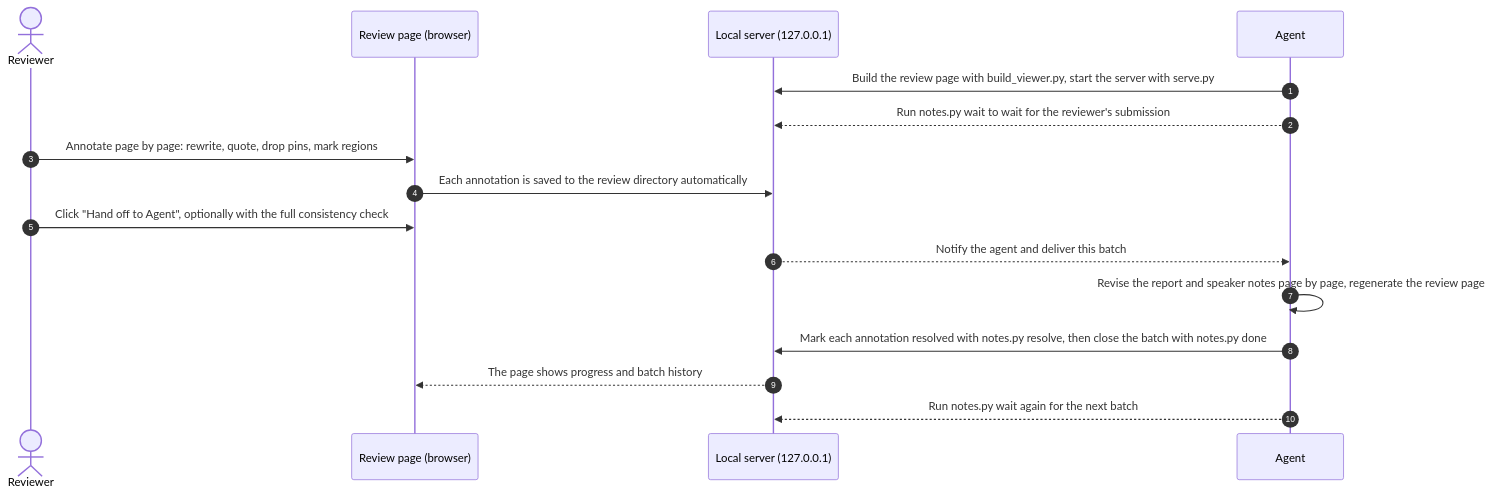
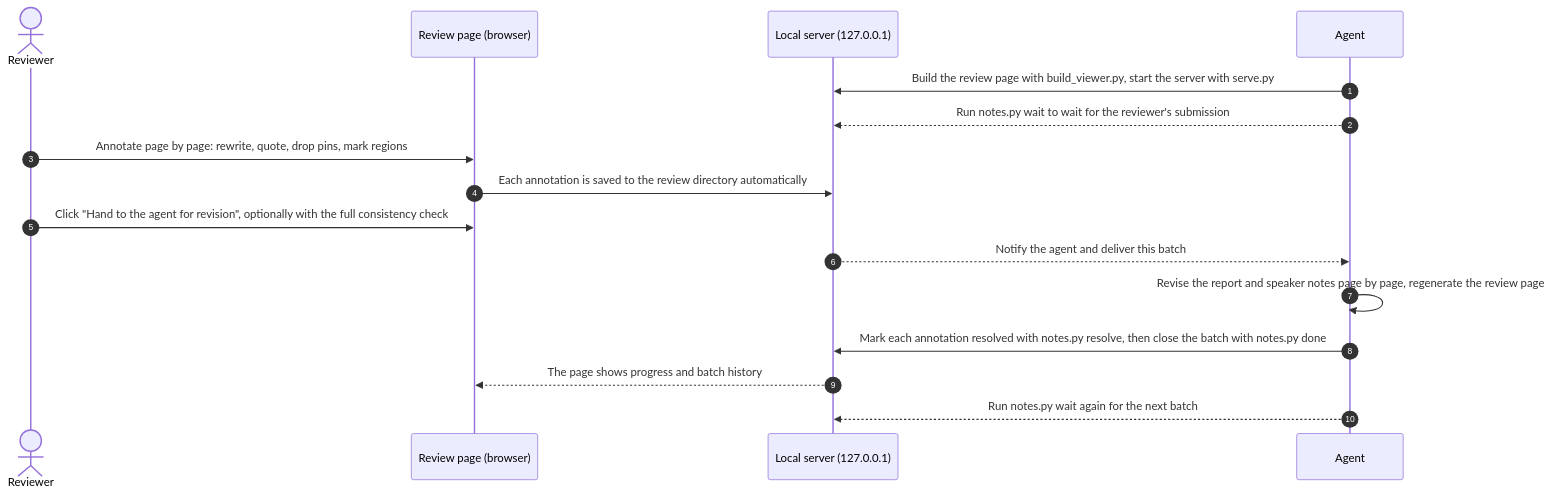
The second of 4 diagrams in README.en.md (hezhongtang/annotation-everything), drawn with Mermaid before and after one commit. The commit also changed other lines of this file and 45 other files, not shown here.

````diff
--- a/README.en.md
+++ b/README.en.md
@@ -180,19 +206,19 @@
 ```mermaid
 sequenceDiagram
     autonumber
     actor U as Reviewer
     participant P as Review page (browser)
     participant S as Local server (127.0.0.1)
     participant A as Agent
 
     A->>S: Build the review page with build_viewer.py, start the server with serve.py
     A-->>S: Run notes.py wait to wait for the reviewer's submission
     U->>P: Annotate page by page: rewrite, quote, drop pins, mark regions
     P->>S: Each annotation is saved to the review directory automatically
-    U->>P: Click "Hand off to Agent", optionally with the full consistency check
+    U->>P: Click "Hand to the agent for revision", optionally with the full consistency check
     S-->>A: Notify the agent and deliver this batch
     A->>A: Revise the report and speaker notes page by page, regenerate the review page
     A->>S: Mark each annotation resolved with notes.py resolve, then close the batch with notes.py done
     S-->>P: The page shows progress and batch history
     A-->>S: Run notes.py wait again for the next batch
 ```
````
